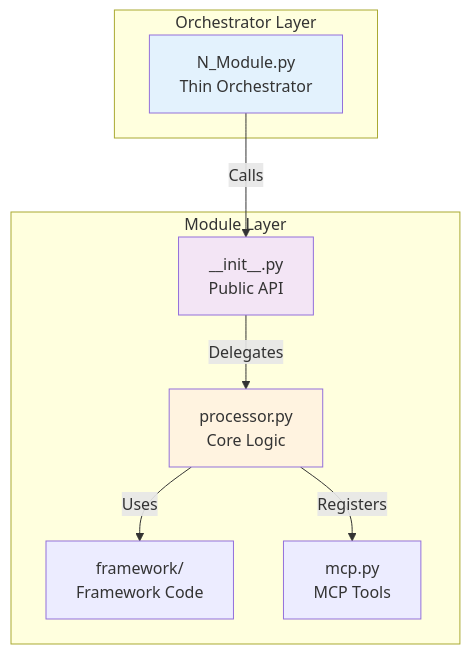
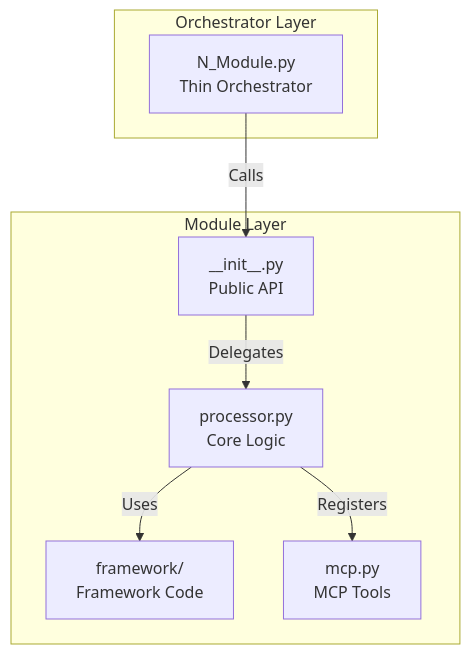
The first of 2 diagrams in src/README.md (ActiveInferenceInstitute/GeneralizedNotationNotation), drawn with Mermaid before and after one commit. The commit also changed 1038 other files, not shown here.

````diff
--- a/src/README.md
+++ b/src/README.md
@@ -25,22 +25,20 @@
 ```mermaid
 graph TB
     subgraph "Orchestrator Layer"
         Script[N_Module.py<br/>Thin Orchestrator]
     end
     
     subgraph "Module Layer"
         Init[__init__.py<br/>Public API]
         Processor[processor.py<br/>Core Logic]
         Framework[framework/<br/>Framework Code]
         MCP[mcp.py<br/>MCP Tools]
     end
     
     Script -->|Calls| Init
     Init -->|Delegates| Processor
     Processor -->|Uses| Framework
     Processor -->|Registers| MCP
     
-    style Script fill:#e3f2fd
-    style Init fill:#f3e5f5
-    style Processor fill:#fff3e0
+    %% styling intentionally omitted (theme-controlled)
 ```
````
